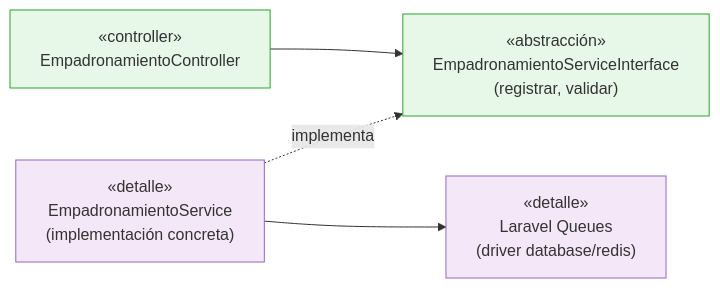
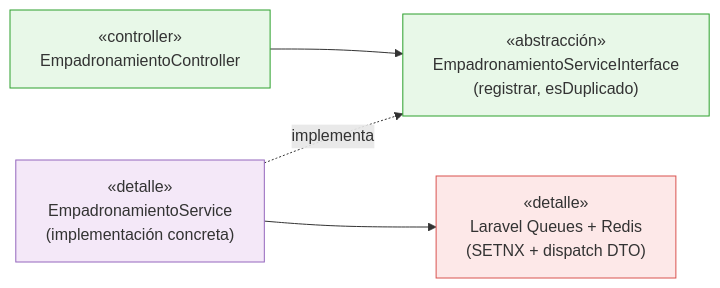
The diagram in docs/03-diseno-de-software/diseno-interno/principios-de-diseno.md (gabrielquispe27-ops/Sistema-Empadronamiento_arquiSoft_Quispe-02), drawn with Mermaid before and after one commit. The commit also changed 31 other files, not shown here.

First line of the commit message:
docs(arquitectura): optimización C4, integración de Redis y diagramas actualizados

````diff
--- a/docs/03-diseno-de-software/diseno-interno/principios-de-diseno.md
+++ b/docs/03-diseno-de-software/diseno-interno/principios-de-diseno.md
@@ -15,14 +15,15 @@
 ```mermaid
 flowchart LR
     classDef high fill:#e8f8e8,stroke:#2ca02c,stroke-width:1px,color:#333
     classDef low fill:#f4e8f8,stroke:#9467bd,stroke-width:1px,color:#333
+    classDef queue fill:#fde8e8,stroke:#d9534f,stroke-width:1px,color:#333
 
     C["«controller»\nEmpadronamientoController"]:::high
-    S["«abstracción»\nEmpadronamientoServiceInterface\n(registrar, validar)"]:::high
+    S["«abstracción»\nEmpadronamientoServiceInterface\n(registrar, esDuplicado)"]:::high
     SI["«detalle»\nEmpadronamientoService\n(implementación concreta)"]:::low
-    Q["«detalle»\nLaravel Queues\n(driver database/redis)"]:::low
+    Q["«detalle»\nLaravel Queues + Redis\n(SETNX + dispatch DTO)"]:::queue
 
     C --> S
     SI -. "implementa" .-> S
     SI --> Q
 ```
````
